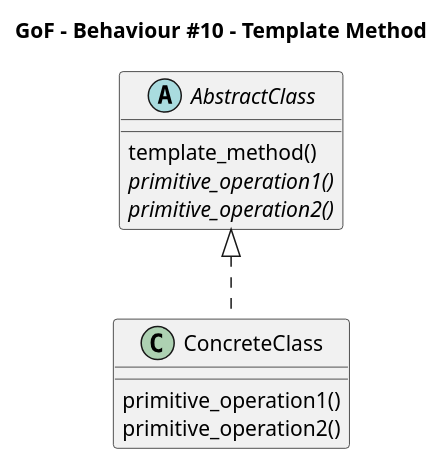
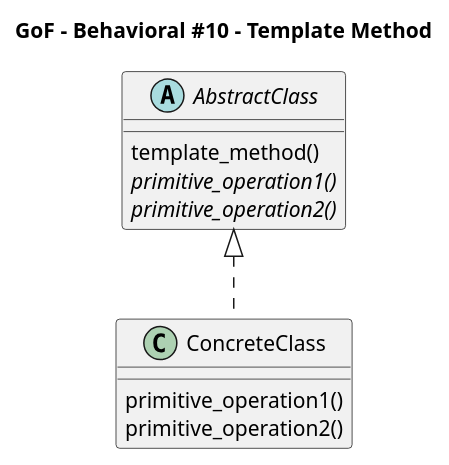
The diagram in GoF/GoF_be10_template_method.puml (Takayoshi-Matsuyama/design_patterns), drawn with PlantUML before and after one commit. The commit also changed 36 other files, not shown here.

Commit message:
GoF - Class Diagrams

```diff
--- a/GoF/GoF_be10_template_method.puml
+++ b/GoF/GoF_be10_template_method.puml
@@ -1,31 +1,31 @@
 @startuml gof_template_method
 
 'Copyright 2026 Takayoshi Matsuyama
 '
 'Licensed under the Apache License, Version 2.0 (the "License");
 'you may not use this file except in compliance with the License.
 'You may obtain a copy of the License at
 '
 '    http://www.apache.org/licenses/LICENSE-2.0
 '
 'Unless required by applicable law or agreed to in writing, software
 'distributed under the License is distributed on an "AS IS" BASIS,
 'WITHOUT WARRANTIES OR CONDITIONS OF ANY KIND, either express or implied.
 'See the License for the specific language governing permissions and
 'limitations under the License.
 
-title GoF - Behaviour #10 - Template Method
+title GoF - Behavioral #10 - Template Method
 
 abstract class AbstractClass {
     template_method()
     {abstract} primitive_operation1()
     {abstract} primitive_operation2()
 }
 
 class ConcreteClass {
     primitive_operation1()
     primitive_operation2()
 }
 
 AbstractClass <|.. ConcreteClass
 @enduml
```
